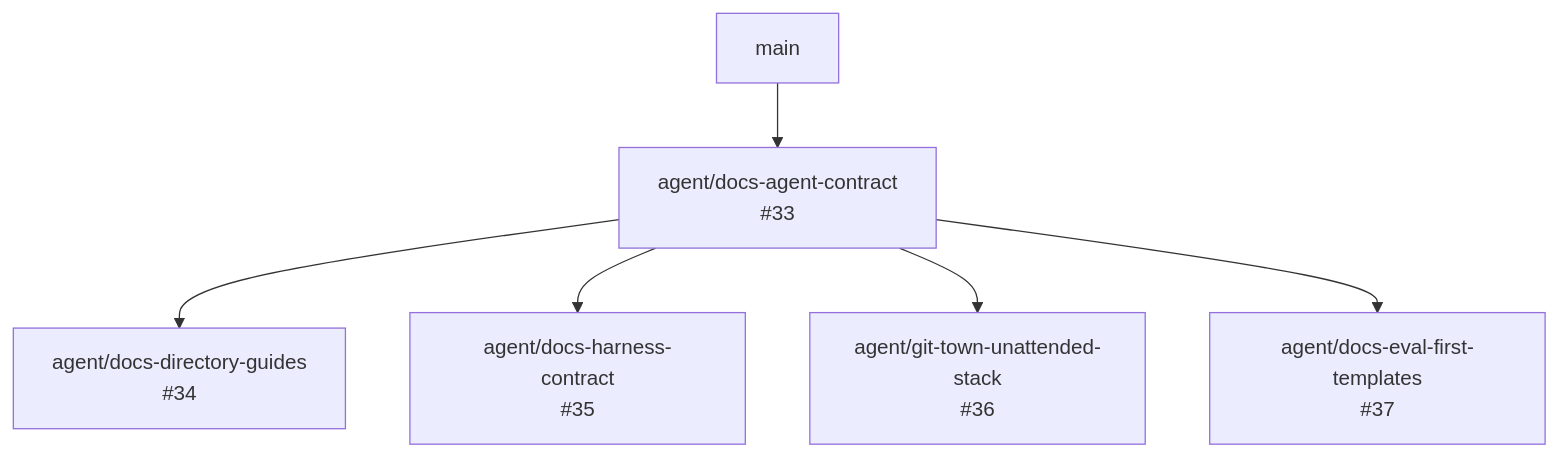
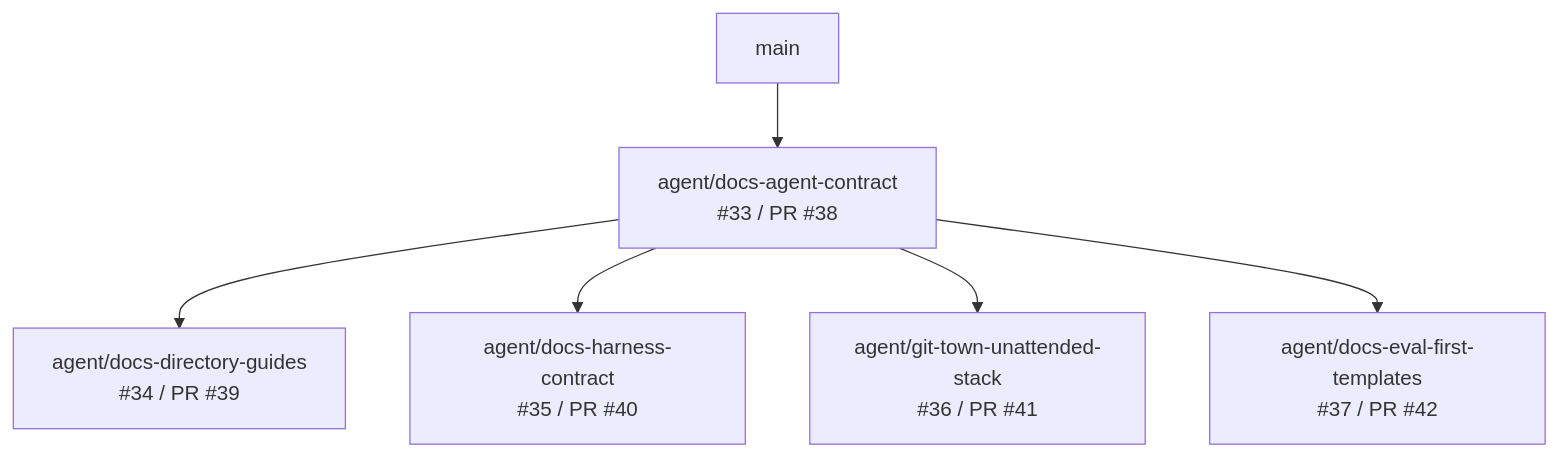
Before and after one commit to ed3c/XT-Aegis: the first of 2 diagrams in docs/STACKED_PRS.md, drawn with Mermaid. The commit also changed other lines of this file, not shown here.

Commit message:
fix: harden unattended Git Town recovery

````diff
--- a/docs/STACKED_PRS.md
+++ b/docs/STACKED_PRS.md
@@ -20,8 +24,8 @@
 ```mermaid
 flowchart TD
-    M[main] --> F[agent/docs-agent-contract<br/>#33]
-    F --> D[agent/docs-directory-guides<br/>#34]
-    F --> H[agent/docs-harness-contract<br/>#35]
-    F --> G[agent/git-town-unattended-stack<br/>#36]
-    F --> T[agent/docs-eval-first-templates<br/>#37]
+    M[main] --> F[agent/docs-agent-contract<br/>#33 / PR #38]
+    F --> D[agent/docs-directory-guides<br/>#34 / PR #39]
+    F --> H[agent/docs-harness-contract<br/>#35 / PR #40]
+    F --> G[agent/git-town-unattended-stack<br/>#36 / PR #41]
+    F --> T[agent/docs-eval-first-templates<br/>#37 / PR #42]
 ```
````
